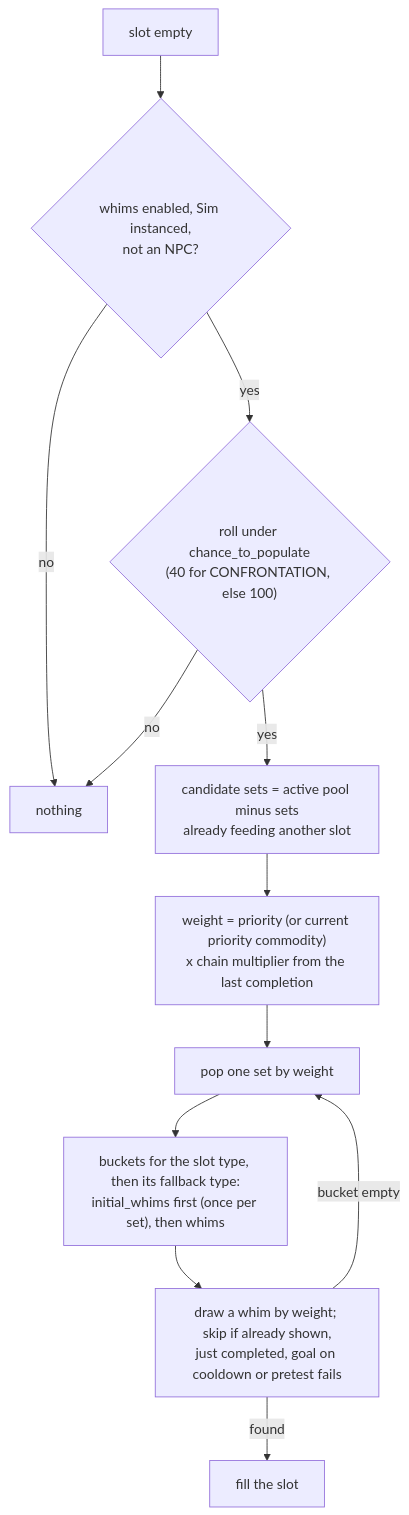
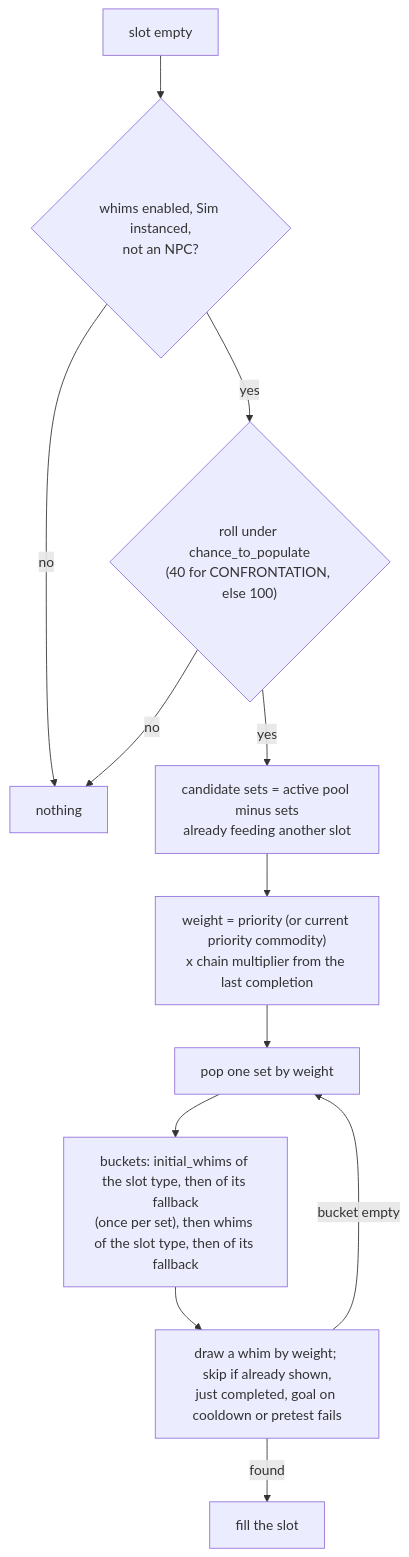
Before and after one commit to sudo-ezekiel/how-the-sims-4-works: the fifth of 5 diagrams in src/3.07-personality-feelings.md, drawn with Mermaid. The commit also changed other lines of this file and 60 other files, not shown here.

````diff
--- a/src/3.07-personality-feelings.md
+++ b/src/3.07-personality-feelings.md
@@ -493,14 +676,14 @@
 ```mermaid
 flowchart TD
   A["slot empty"] --> B{"whims enabled, Sim instanced,<br/>not an NPC?"}
   B -->|no| Z["nothing"]
   B -->|yes| C{"roll under chance_to_populate<br/>(40 for CONFRONTATION, else 100)"}
   C -->|no| Z
   C -->|yes| D["candidate sets = active pool minus sets<br/>already feeding another slot"]
   D --> E["weight = priority (or current priority commodity)<br/>x chain multiplier from the last completion"]
   E --> F["pop one set by weight"]
-  F --> G["buckets for the slot type, then its fallback type:<br/>initial_whims first (once per set), then whims"]
+  F --> G["buckets: initial_whims of the slot type, then of its fallback<br/>(once per set), then whims of the slot type, then of its fallback"]
   G --> H["draw a whim by weight; skip if already shown,<br/>just completed, goal on cooldown or pretest fails"]
   H -->|"found"| I["fill the slot"]
   H -->|"bucket empty"| F
 ```
````
